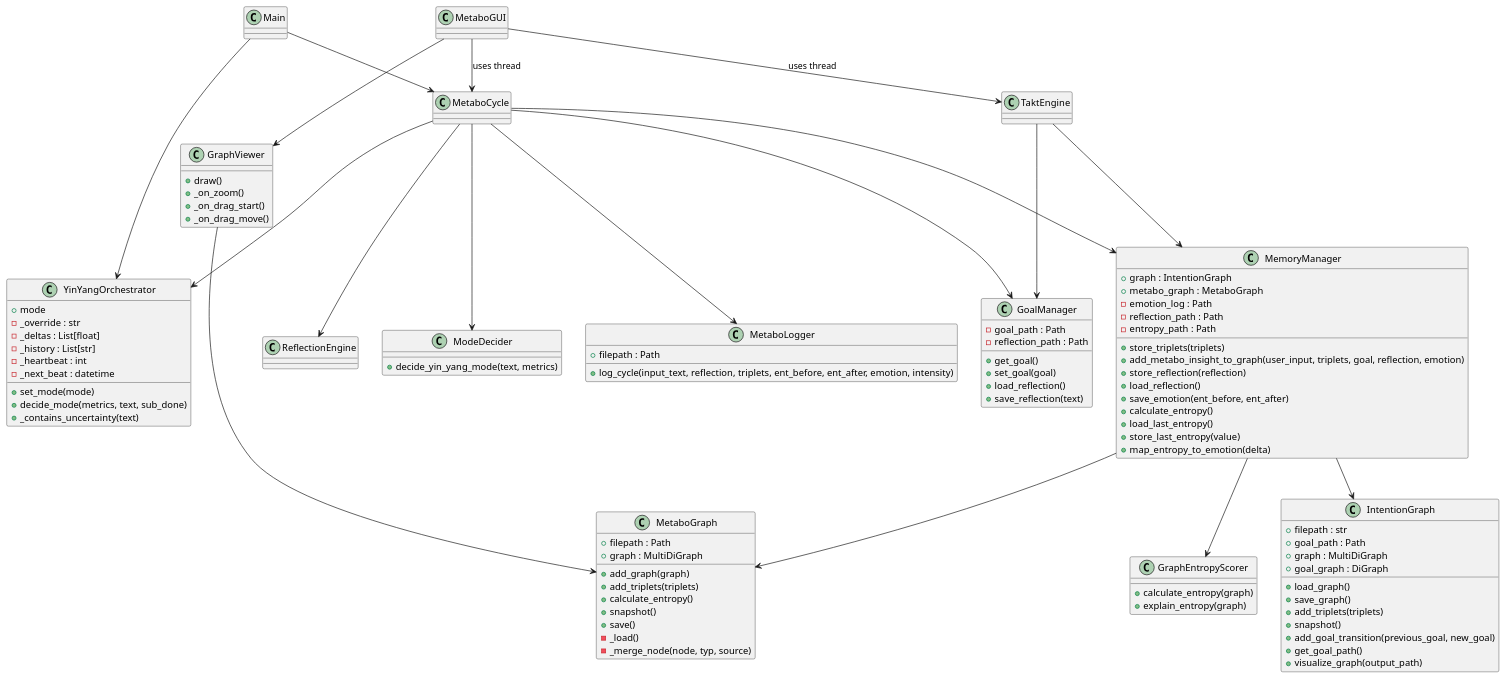
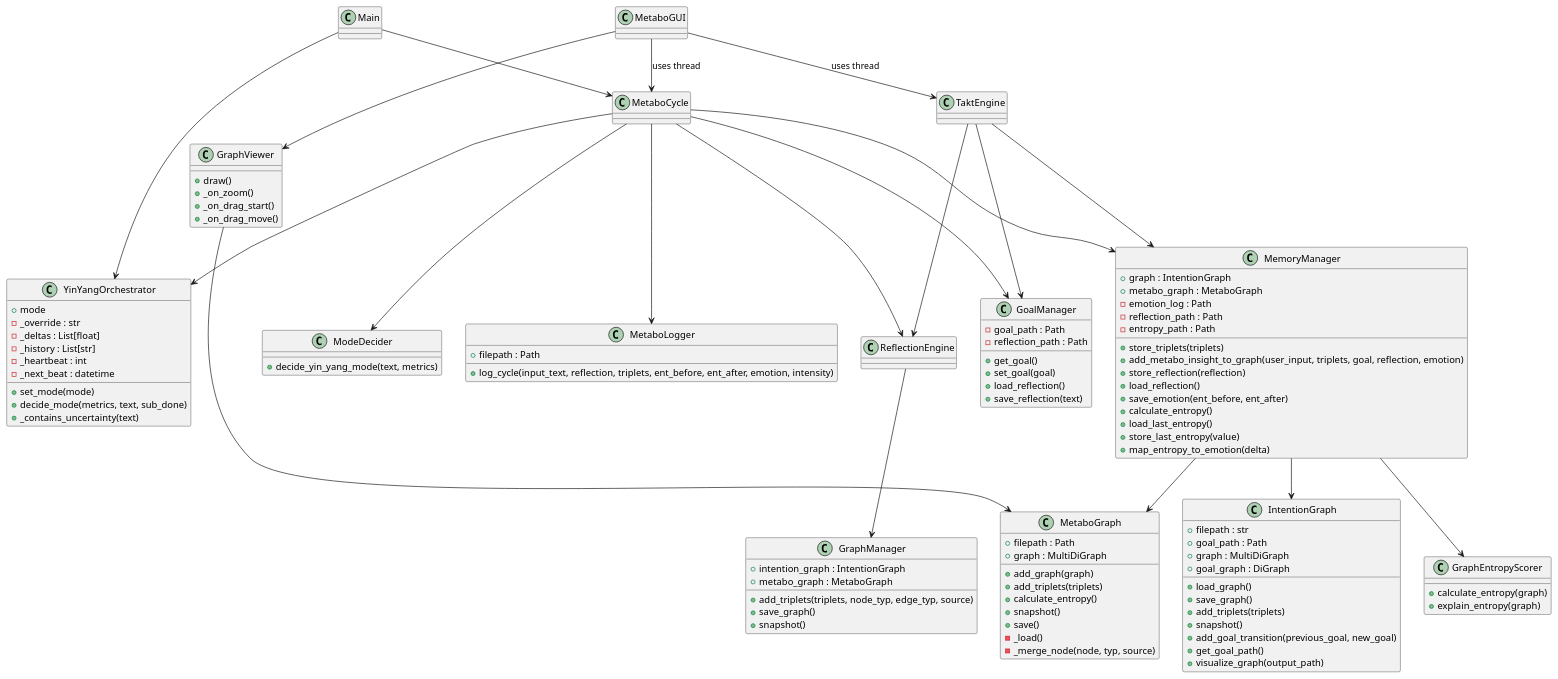
Before and after one commit to marcusreimold/MetaboMind: the diagram in doc/diagrams/class_diagram.puml, drawn with PlantUML. The commit also changed 5 other files, not shown here.

Commit message:
Store MetaboTakt reflections in central graph

```diff
--- a/doc/diagrams/class_diagram.puml
+++ b/doc/diagrams/class_diagram.puml
@@ -1,102 +1,111 @@
 @startuml
 '/' Updated after adding requirements.txt
 class Main
 class MetaboCycle
 class GoalManager {
   -goal_path : Path
   -reflection_path : Path
   +get_goal()
   +set_goal(goal)
   +load_reflection()
   +save_reflection(text)
 }
 class MemoryManager {
   +graph : IntentionGraph
   +metabo_graph : MetaboGraph
   -emotion_log : Path
   -reflection_path : Path
   -entropy_path : Path
   +store_triplets(triplets)
   +add_metabo_insight_to_graph(user_input, triplets, goal, reflection, emotion)
   +store_reflection(reflection)
   +load_reflection()
   +save_emotion(ent_before, ent_after)
   +calculate_entropy()
   +load_last_entropy()
   +store_last_entropy(value)
   +map_entropy_to_emotion(delta)
 }
 class IntentionGraph {
   +filepath : str
   +goal_path : Path
   +graph : MultiDiGraph
   +goal_graph : DiGraph
   +load_graph()
   +save_graph()
   +add_triplets(triplets)
   +snapshot()
   +add_goal_transition(previous_goal, new_goal)
   +get_goal_path()
   +visualize_graph(output_path)
 }
 class ReflectionEngine
 class TaktEngine
 class YinYangOrchestrator {
   +mode
   -_override : str
   -_deltas : List[float]
   -_history : List[str]
   -_heartbeat : int
   -_next_beat : datetime
   +set_mode(mode)
   +decide_mode(metrics, text, sub_done)
   +_contains_uncertainty(text)
 }
 class ModeDecider {
   +decide_yin_yang_mode(text, metrics)
 }
 class MetaboGUI
 class GraphViewer {
   +draw()
   +_on_zoom()
   +_on_drag_start()
   +_on_drag_move()
 }
 class GraphEntropyScorer {
   +calculate_entropy(graph)
   +explain_entropy(graph)
 }
 class MetaboGraph {
   +filepath : Path
   +graph : MultiDiGraph
   +add_graph(graph)
   +add_triplets(triplets)
   +calculate_entropy()
   +snapshot()
   +save()
   -_load()
   -_merge_node(node, typ, source)
 }
+class GraphManager {
+  +intention_graph : IntentionGraph
+  +metabo_graph : MetaboGraph
+  +add_triplets(triplets, node_typ, edge_typ, source)
+  +save_graph()
+  +snapshot()
+}
 class MetaboLogger {
   +filepath : Path
   +log_cycle(input_text, reflection, triplets, ent_before, ent_after, emotion, intensity)
 }
 
 Main --> MetaboCycle
 MetaboCycle --> GoalManager
 MetaboCycle --> MemoryManager
 MetaboCycle --> ReflectionEngine
+ReflectionEngine --> GraphManager
 MetaboCycle --> YinYangOrchestrator
 MetaboCycle --> ModeDecider
 MemoryManager --> IntentionGraph
 MemoryManager --> MetaboGraph
 TaktEngine --> MemoryManager
 TaktEngine --> GoalManager
+TaktEngine --> ReflectionEngine
 Main --> YinYangOrchestrator
 MetaboGUI --> MetaboCycle : uses thread
 MetaboGUI --> TaktEngine : uses thread
 MetaboGUI --> GraphViewer
 MemoryManager --> GraphEntropyScorer
 GraphViewer --> MetaboGraph
 MetaboCycle --> MetaboLogger
 @enduml
```
